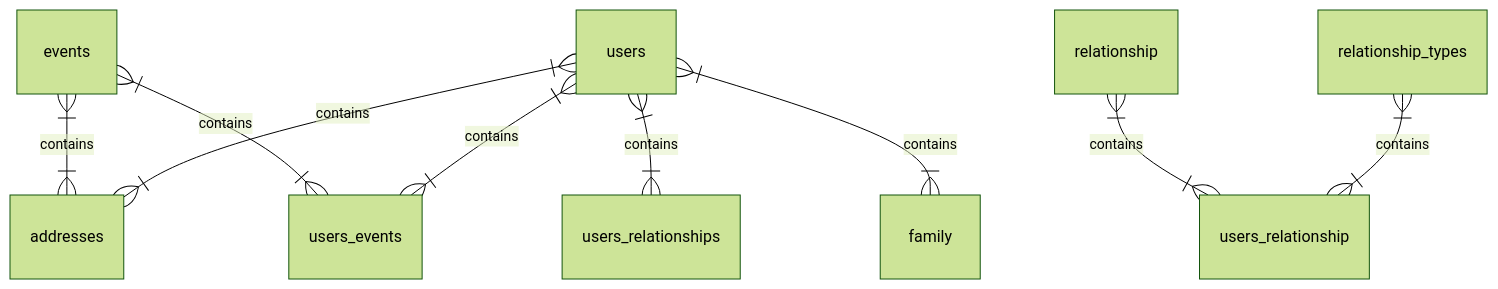
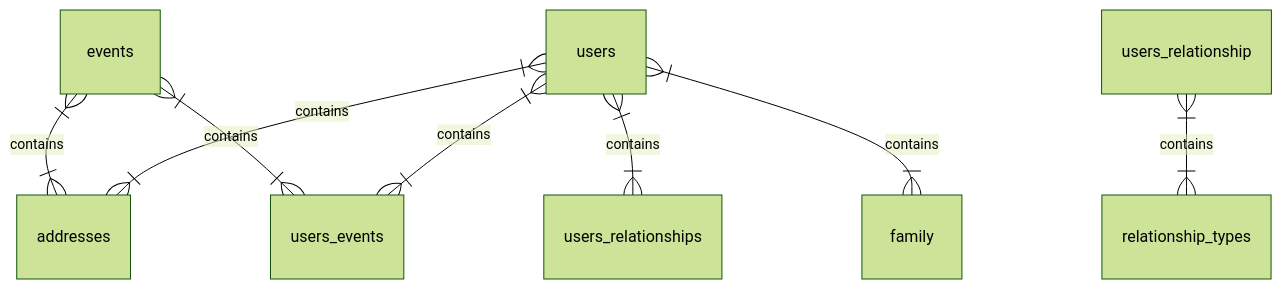
Before and after one commit to ChrisUno/Childcare: the first of 2 diagrams in README.md, drawn with Mermaid (forest theme). The commit also changed other lines of this file, not shown here.

````diff
--- a/README.md
+++ b/README.md
@@ -33,12 +33,11 @@
 ``` mermaid
 erDiagram
 
           events }|--|{ addresses : "contains"
           events }|--|{ users_events : "contains"
           users }|--|{ users_events : "contains"
           users }|--|{ addresses : "contains"
           users }|--|{ users_relationships : "contains"
-          relationship }|--|{ users_relationship : "contains"
-          relationship_types }|--|{ users_relationship : "contains"
+          users_relationship }|--|{ relationship_types : "contains"
           users }|--|{ family : "contains"
 ```
````
